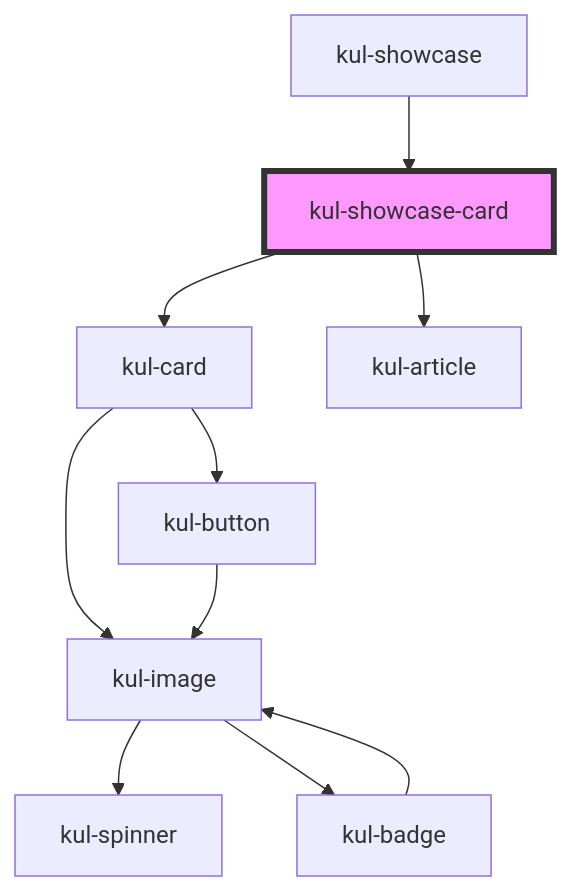
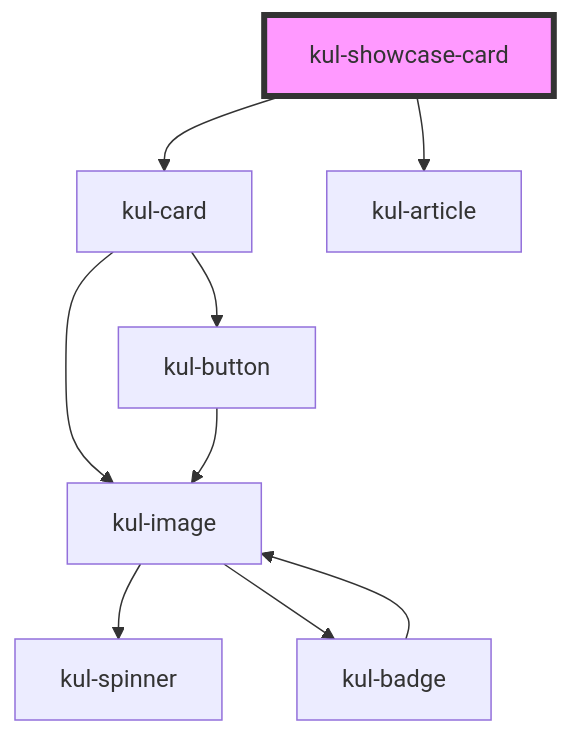
Before and after one commit to smeup/ketchup: the diagram in packages/ketchup-lite/src/components/kul-showcase/components/card/readme.md, drawn with Mermaid. The commit also changed other lines of this file and 25 other files, not shown here.

````diff
--- a/packages/ketchup-lite/src/components/kul-showcase/components/card/readme.md
+++ b/packages/ketchup-lite/src/components/kul-showcase/components/card/readme.md
@@ -33,13 +29,12 @@
 ```mermaid
 graph TD;
   kul-showcase-card --> kul-card
   kul-showcase-card --> kul-article
   kul-card --> kul-button
   kul-card --> kul-image
   kul-button --> kul-image
   kul-image --> kul-spinner
   kul-image --> kul-badge
   kul-badge --> kul-image
-  kul-showcase --> kul-showcase-card
   style kul-showcase-card fill:#f9f,stroke:#333,stroke-width:4px
 ```
````
